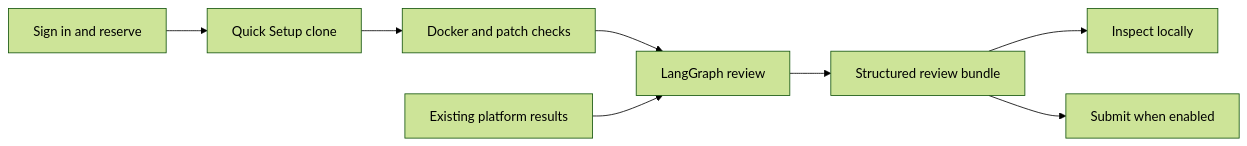
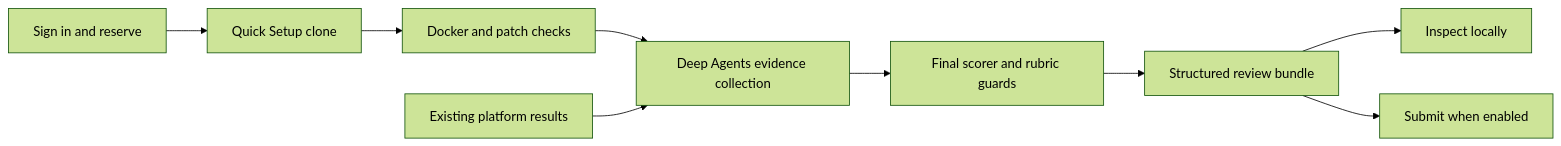
One commit to vaishcodescape/shipd-agent changed the diagram in README.md. Above: the diagram before and after it, drawn with Mermaid (forest theme). The commit also changed other lines of this file and 18 other files, not shown here.

Commit message:
Use Deep Agents for evidence-based submission reviews (#9)

````diff
--- a/README.md
+++ b/README.md
@@ -139,10 +139,11 @@
 ```mermaid
 flowchart LR
     A[Sign in and reserve] --> B[Quick Setup clone]
     B --> C[Docker and patch checks]
-    C --> D[LangGraph review]
+    C --> D[Deep Agents evidence collection]
     E[Existing platform results] --> D
-    D --> F[Structured review bundle]
+    D --> I[Final scorer and rubric guards]
+    I --> F[Structured review bundle]
     F --> G[Inspect locally]
     F --> H[Submit when enabled]
 ```
````
